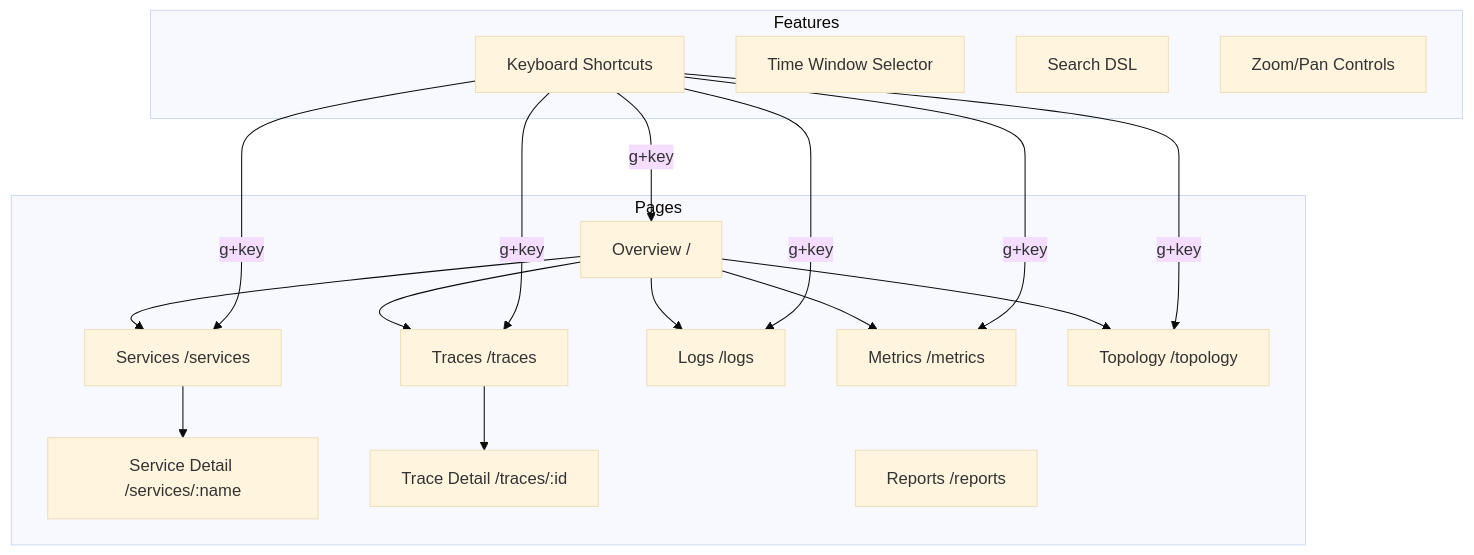
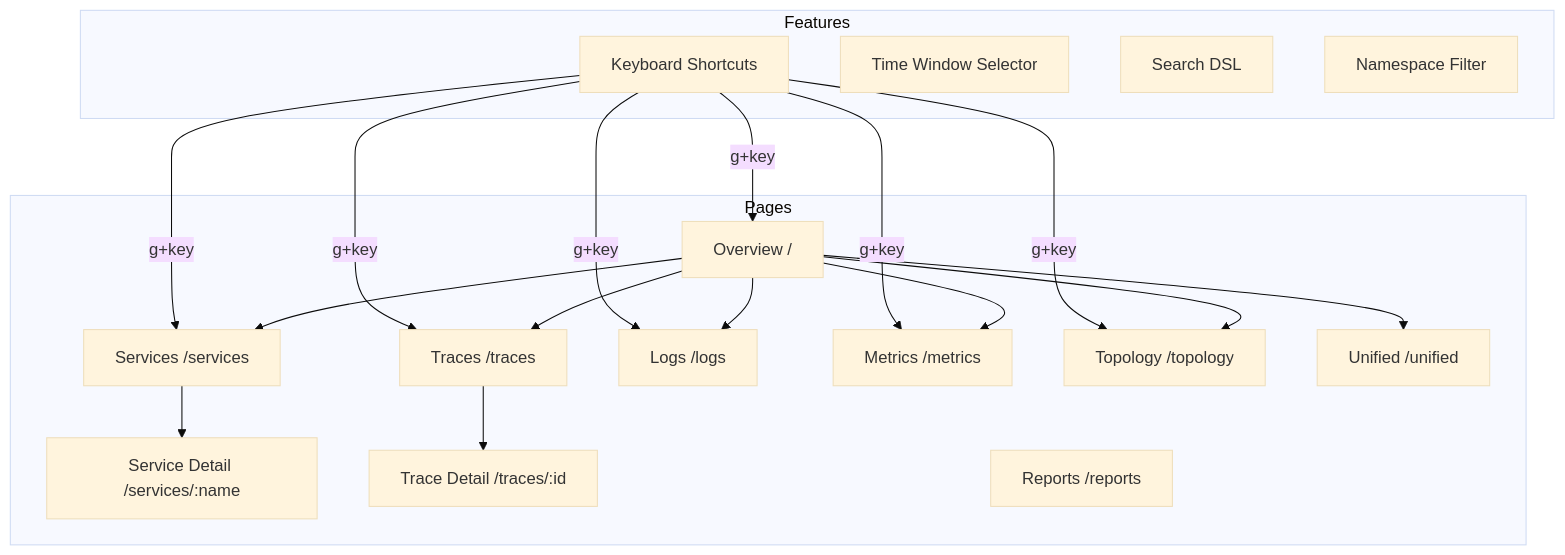
One commit to labstack/fanout changed the seventh of 10 diagrams in ARCHITECTURE.md. Above: the diagram before and after it, drawn with Mermaid (base theme). The commit also changed other lines of this file and 2 other files, not shown here.

````diff
--- a/ARCHITECTURE.md
+++ b/ARCHITECTURE.md
@@ -376,26 +376,27 @@
 ```mermaid
 graph TB
     subgraph Pages
         OV[Overview /]
         SL[Services /services]
         SD[Service Detail /services/:name]
         TL[Traces /traces]
         TD[Trace Detail /traces/:id]
         LG[Logs /logs]
         MT[Metrics /metrics]
         TP[Topology /topology]
+        UF[Unified /unified]
         RP[Reports /reports]
     end
 
     subgraph Features
         KB[Keyboard Shortcuts]
         TM[Time Window Selector]
         SR[Search DSL]
-        ZM[Zoom/Pan Controls]
+        NS[Namespace Filter]
     end
 
-    OV --> SL & TL & LG & MT & TP
+    OV --> SL & TL & LG & MT & TP & UF
     SL --> SD
     TL --> TD
     KB --> |g+key| OV & SL & TL & LG & MT & TP
 ```
````
